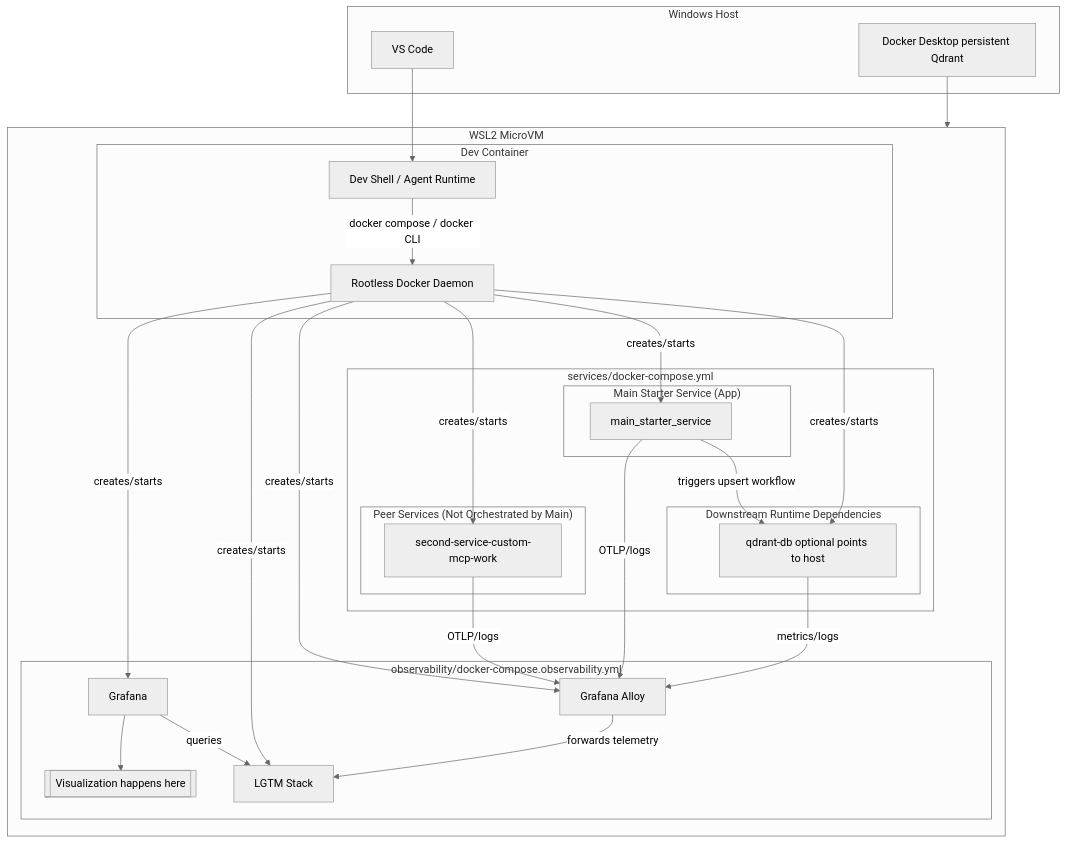
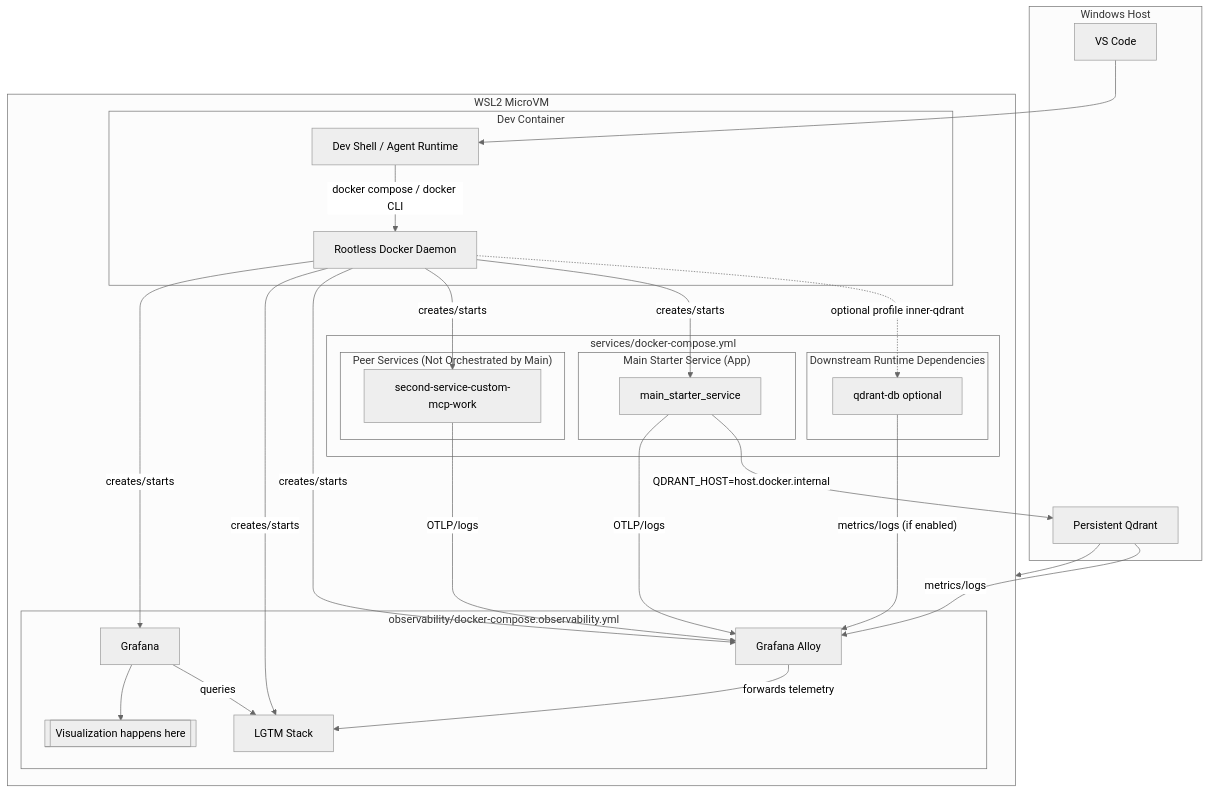
One commit to UtpalMattoo/dcker_mcp_setup changed the second of 3 diagrams in README.md. Above: the diagram before and after it, drawn with Mermaid (neutral theme). The commit also changed other lines of this file and 12 other files, not shown here.

Commit message:
keep observability on localhost and align docs/roadmap consistency

````diff
--- a/README.md
+++ b/README.md
@@ -124,50 +124,51 @@
 ```mermaid
 graph TD
 	subgraph Host[Windows Host]
 		VSCode[VS Code]
-		DockerDesktop[Docker Desktop persistent Qdrant]
+		HostQdrant[Persistent Qdrant]
 	end
 
 	subgraph WSL2[WSL2 MicroVM]
 		subgraph DevContainer[Dev Container]
 			Shell[Dev Shell / Agent Runtime]
 			InnerDocker[Rootless Docker Daemon]
 		end
 
 		subgraph Services[services/docker-compose.yml]
 			subgraph Orchestrator["Main Starter Service (App)"]
 				Main[main_starter_service]
 			end
 			subgraph Dependencies["Downstream Runtime Dependencies"]
-				Qdrant[qdrant-db optional points to host]
+				Qdrant[qdrant-db optional]
 			end
 			subgraph PeerServices["Peer Services (Not Orchestrated by Main)"]
 				Second[second-service-custom-mcp-work]
 			end
 		end
 
 		subgraph Observability[observability/docker-compose.observability.yml]
 			Alloy[Grafana Alloy]
 			LGTM[LGTM Stack]
 			Grafana[Grafana]
 			VizMarker[[Visualization happens here]]
 		end
 	end
 
 	VSCode --> Shell
-	DockerDesktop --> WSL2
+	HostQdrant --> WSL2
 	Shell -- docker compose / docker CLI --> InnerDocker
-	InnerDocker -- creates/starts --> Qdrant
+	InnerDocker -. optional profile inner-qdrant .-> Qdrant
 	InnerDocker -- creates/starts --> Main
 	InnerDocker -- creates/starts --> Second
 	InnerDocker -- creates/starts --> Alloy
 	InnerDocker -- creates/starts --> LGTM
 	InnerDocker -- creates/starts --> Grafana
-	Main -- triggers upsert workflow --> Qdrant
+	Main -- QDRANT_HOST=host.docker.internal --> HostQdrant
 	Main -- OTLP/logs --> Alloy
 	Second -- OTLP/logs --> Alloy
-	Qdrant -- metrics/logs --> Alloy
+	HostQdrant -- metrics/logs --> Alloy
+	Qdrant -- metrics/logs (if enabled) --> Alloy
 	Alloy -- forwards telemetry --> LGTM
 	Grafana -- queries --> LGTM
 	Grafana --> VizMarker
 ```
````
